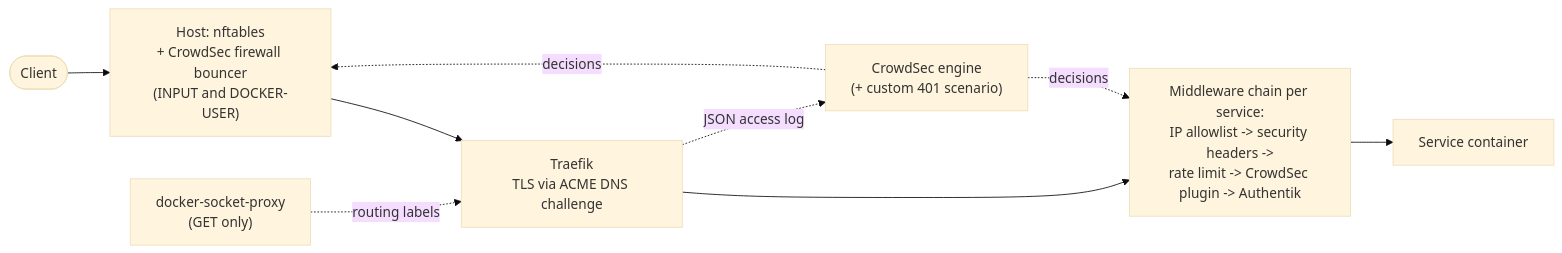
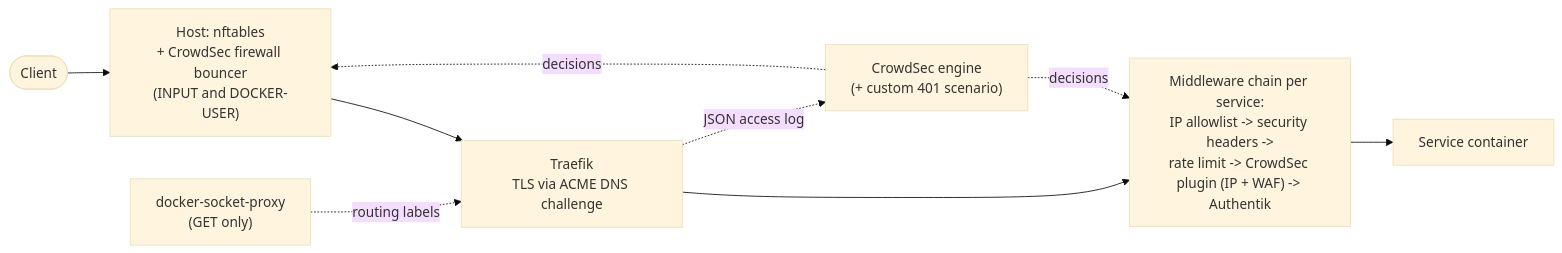
The first of 2 diagrams in edge-security/README.md (chri-hoff/homelab-showcase), drawn with Mermaid (base theme) before and after one commit. The commit also changed other lines of this file and 90 other files, not shown here.

First line of the commit message:
Disaster recovery with Ansible, weekly system checks, CrowdSec WAF

````diff
--- a/edge-security/README.md
+++ b/edge-security/README.md
@@ -6,11 +6,11 @@
 ```mermaid
 flowchart LR
     C(["Client"]) --> FW["Host: nftables<br/>+ CrowdSec firewall bouncer<br/>(INPUT and DOCKER-USER)"]
     FW --> T["Traefik<br/>TLS via ACME DNS challenge"]
-    T --> MW["Middleware chain per service:<br/>IP allowlist -> security headers -><br/>rate limit -> CrowdSec plugin -> Authentik"]
+    T --> MW["Middleware chain per service:<br/>IP allowlist -> security headers -><br/>rate limit -> CrowdSec plugin (IP + WAF) -> Authentik"]
     MW --> S["Service container"]
     SP["docker-socket-proxy<br/>(GET only)"] -. "routing labels" .-> T
     T -. "JSON access log" .-> CS["CrowdSec engine<br/>(+ custom 401 scenario)"]
     CS -. "decisions" .-> FW
     CS -. "decisions" .-> MW
 ```
````
